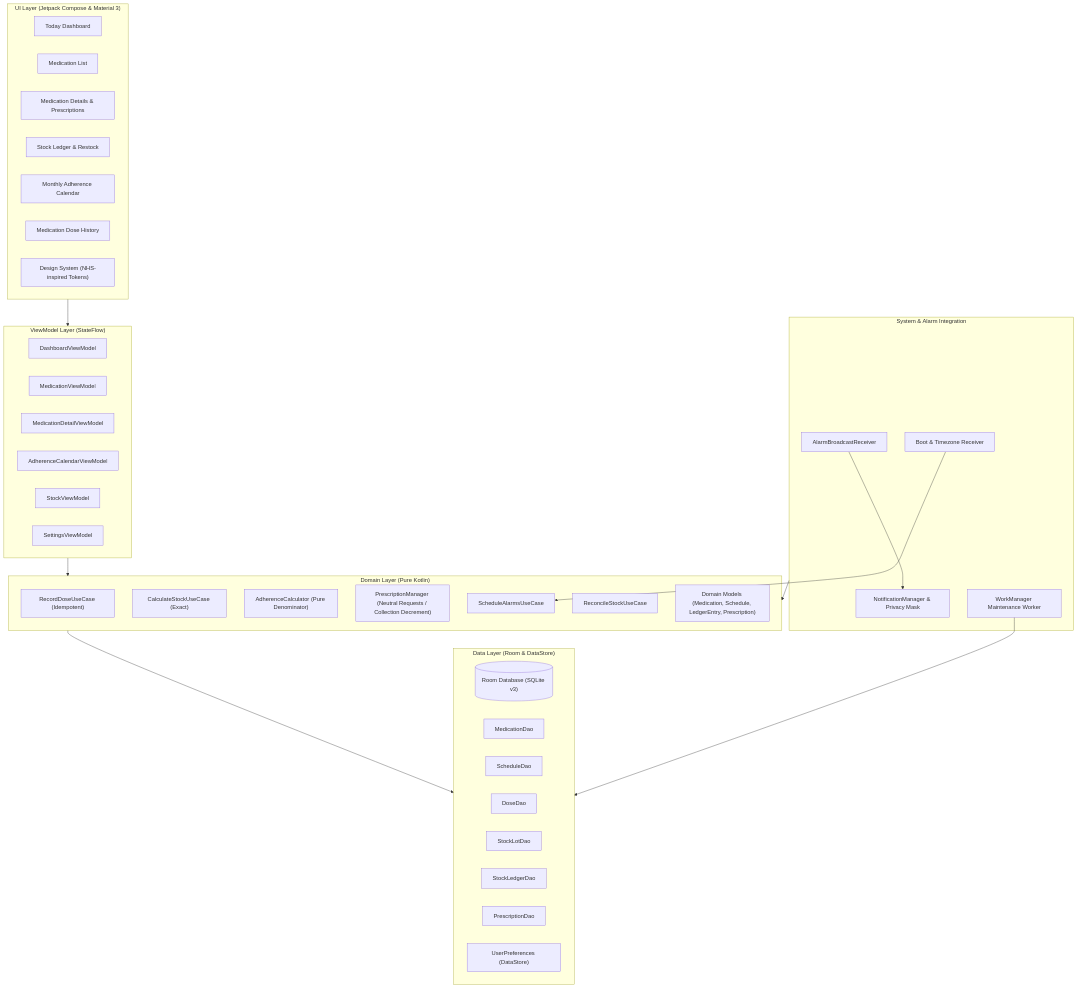
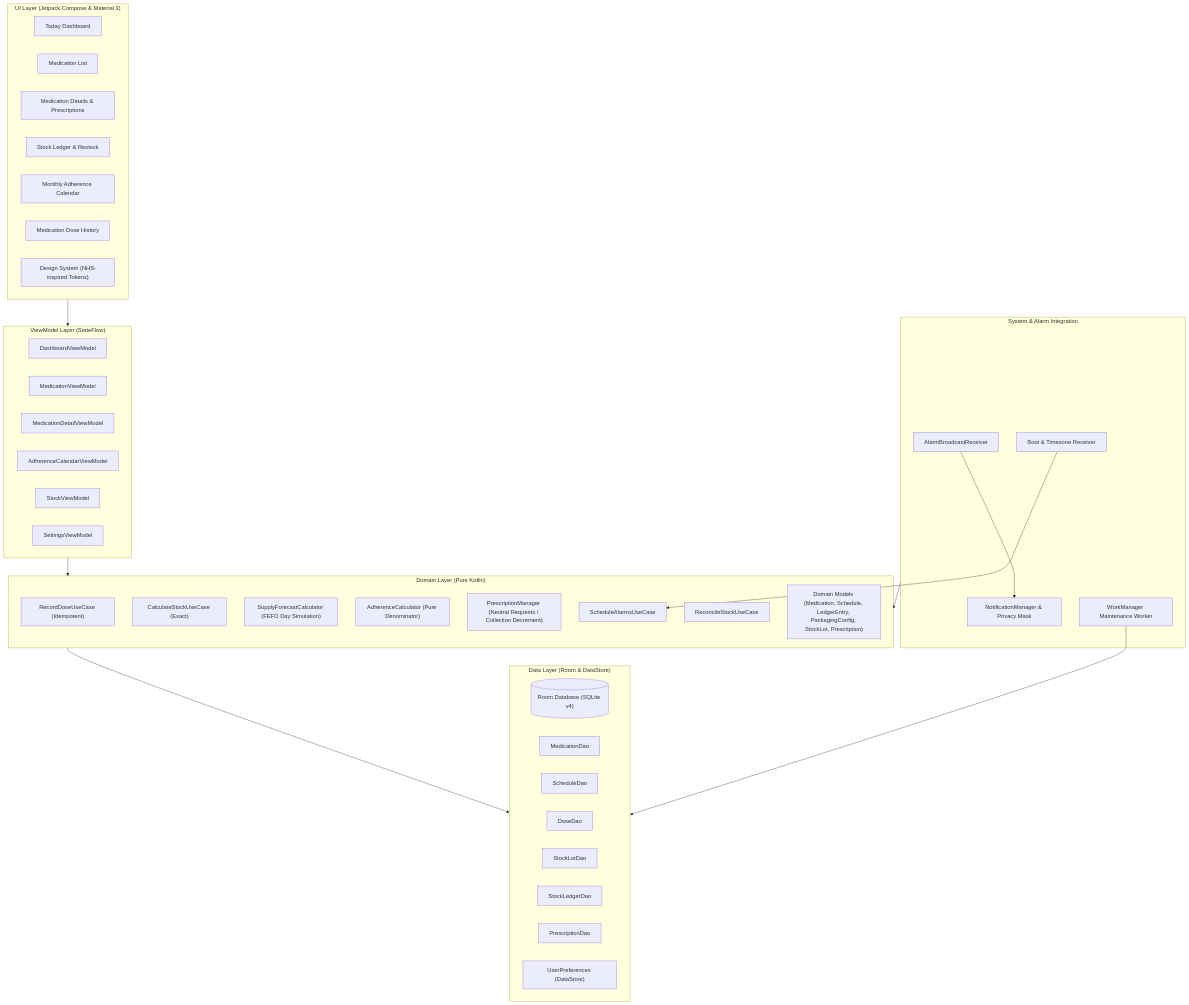
One commit to nev3rfind/nuvilo changed the first of 2 diagrams in ARCHITECTURE.md. Above: the diagram before and after it, drawn with Mermaid. The commit also changed other lines of this file and 20 other files, not shown here.

````diff
--- a/ARCHITECTURE.md
+++ b/ARCHITECTURE.md
@@ -18,57 +18,58 @@
 ```mermaid
 flowchart TD
     subgraph UI_Layer ["UI Layer (Jetpack Compose & Material 3)"]
         DashboardScreen["Today Dashboard"]
         MedicationListScreen["Medication List"]
         MedicationDetailScreen["Medication Details & Prescriptions"]
         StockScreen["Stock Ledger & Restock"]
         AdherenceCalendarScreen["Monthly Adherence Calendar"]
         MedicationDoseHistoryScreen["Medication Dose History"]
         DesignSystem["Design System (NHS-inspired Tokens)"]
     end
 
     subgraph ViewModel_Layer ["ViewModel Layer (StateFlow)"]
         DashboardVM["DashboardViewModel"]
         MedicationVM["MedicationViewModel"]
         MedicationDetailVM["MedicationDetailViewModel"]
         AdherenceCalendarVM["AdherenceCalendarViewModel"]
         StockVM["StockViewModel"]
         SettingsVM["SettingsViewModel"]
     end
 
     subgraph Domain_Layer ["Domain Layer (Pure Kotlin)"]
         RecordDoseUseCase["RecordDoseUseCase (Idempotent)"]
         CalculateStockUseCase["CalculateStockUseCase (Exact)"]
+        SupplyForecastCalculator["SupplyForecastCalculator (FEFO Day Simulation)"]
         AdherenceCalculator["AdherenceCalculator (Pure Denominator)"]
         PrescriptionManager["PrescriptionManager (Neutral Requests / Collection Decrement)"]
         ScheduleAlarmsUseCase["ScheduleAlarmsUseCase"]
         ReconcileStockUseCase["ReconcileStockUseCase"]
-        Models["Domain Models (Medication, Schedule, LedgerEntry, Prescription)"]
+        Models["Domain Models (Medication, Schedule, LedgerEntry, PackagingConfig, StockLot, Prescription)"]
     end
 
     subgraph Data_Layer ["Data Layer (Room & DataStore)"]
-        NoveloDatabase[("Room Database (SQLite v3)")]
+        NoveloDatabase[("Room Database (SQLite v4)")]
         MedicationDao["MedicationDao"]
         ScheduleDao["ScheduleDao"]
         DoseEventDao["DoseDao"]
         StockLotDao["StockLotDao"]
         StockLedgerDao["StockLedgerDao"]
         PrescriptionDao["PrescriptionDao"]
         UserPreferences["UserPreferences (DataStore)"]
     end
 
     subgraph System_Layer ["System & Alarm Integration"]
         AlarmReceiver["AlarmBroadcastReceiver"]
         NotificationMgr["NotificationManager & Privacy Mask"]
         BootReceiver["Boot & Timezone Receiver"]
         MaintenanceWorker["WorkManager Maintenance Worker"]
     end
 
     UI_Layer --> ViewModel_Layer
     ViewModel_Layer --> Domain_Layer
     Domain_Layer --> Data_Layer
     System_Layer --> Domain_Layer
     AlarmReceiver --> NotificationMgr
     BootReceiver --> ScheduleAlarmsUseCase
     MaintenanceWorker --> Data_Layer
 ```
````
